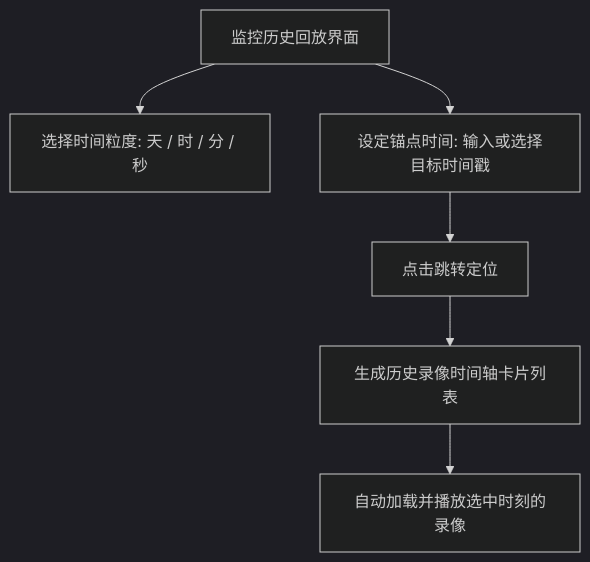
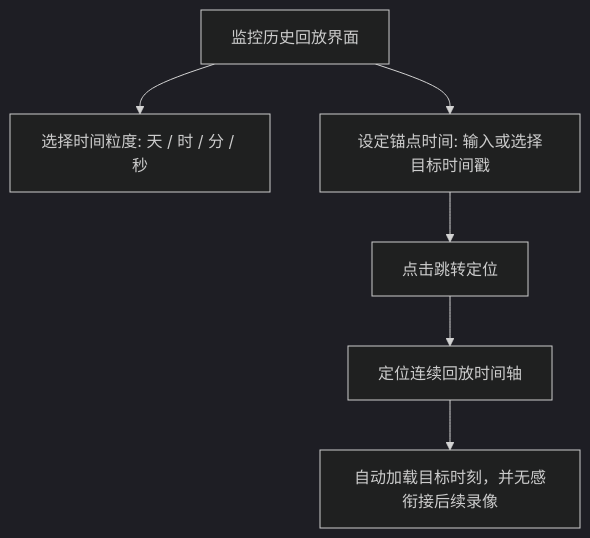
The diagram in docs/user-guide/05-live-monitoring.md (EmadowKy/pureyes-harmony), drawn with Mermaid (dark theme) before and after one commit. The commit also changed other lines of this file and 7 other files, not shown here.

````diff
--- a/docs/user-guide/05-live-monitoring.md
+++ b/docs/user-guide/05-live-monitoring.md
@@ -31,8 +31,8 @@
 ```mermaid
 graph TD
     PlaybackUI[监控历史回放界面] --> Granularity[选择时间粒度: 天 / 时 / 分 / 秒]
     PlaybackUI --> JumpTime[设定锚点时间: 输入或选择目标时间戳]
     JumpTime --> SearchBtn[点击跳转定位]
-    SearchBtn --> Records[生成历史录像时间轴卡片列表]
-    Records --> PlayVideo[自动加载并播放选中时刻的录像]
+    SearchBtn --> Timeline[定位连续回放时间轴]
+    Timeline --> PlayVideo[自动加载目标时刻，并无感衔接后续录像]
 ```
````
